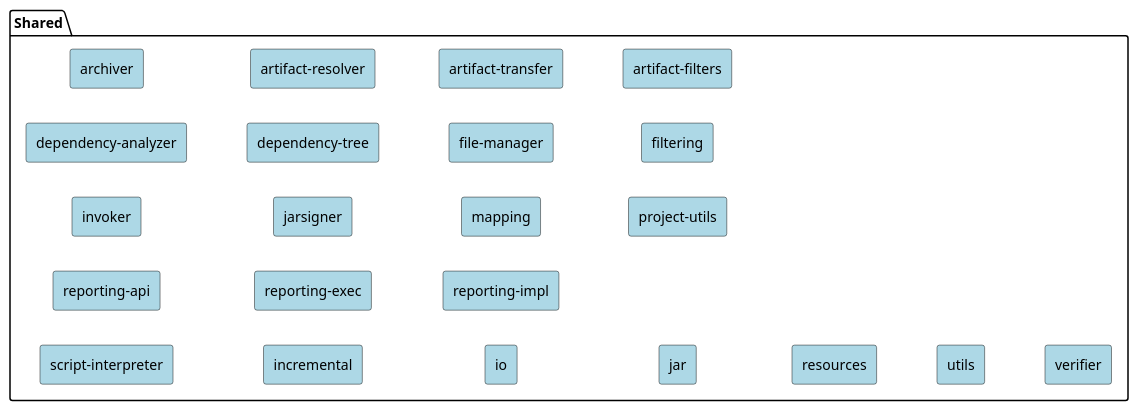
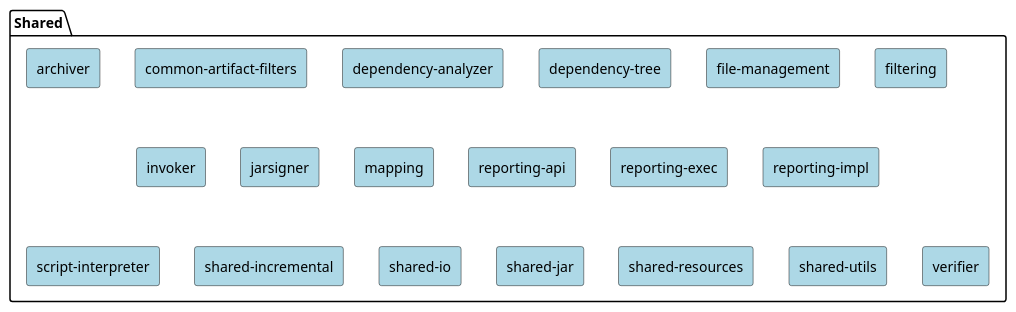
One commit to apache/maven-site changed the diagram in src/plantuml/maven-sources/shared.puml. Above: the diagram before and after it, drawn with PlantUML. The commit also changed 4 other files, not shown here.

```diff
--- a/src/plantuml/maven-sources/shared.puml
+++ b/src/plantuml/maven-sources/shared.puml
@@ -19,89 +19,76 @@
 @startuml
 
 <style>
 
     rectangle {
         BackgroundColor LightBlue
     }
 }
 </style>
 
 package "Shared" {
 
-left to right direction
-
   rectangle "archiver"
-  rectangle "artifact-resolver"
-  rectangle "artifact-transfer"
-  rectangle "artifact-filters"
+  rectangle "common-artifact-filters"
   rectangle "dependency-analyzer"
   rectangle "dependency-tree"
-  rectangle "file-manager"
+  rectangle "file-management"
   rectangle "filtering"
   rectangle "invoker"
   rectangle "jarsigner"
   rectangle "mapping"
-  rectangle "project-utils"
   rectangle "reporting-api"
   rectangle "reporting-exec"
   rectangle "reporting-impl"
   rectangle "script-interpreter"
-  rectangle "incremental"
-  rectangle "io"
-  rectangle "jar"
-  rectangle "resources"
-  rectangle "utils"
+  rectangle "shared-incremental"
+  rectangle "shared-io"
+  rectangle "shared-jar"
+  rectangle "shared-resources"
+  rectangle "shared-utils"
   rectangle "verifier"
 }
 
 'hidden dependencies to change layout
-"archiver" -[hidden]down- "artifact-resolver"
-"artifact-resolver" -[hidden]down- "artifact-transfer"
-"artifact-transfer" -[hidden]down- "artifact-filters"
+"archiver" -[hidden]> "common-artifact-filters"
+"common-artifact-filters"  -[hidden]> "dependency-analyzer"
+"dependency-analyzer" -[hidden]> "dependency-tree"
+"dependency-tree" -[hidden]> "file-management"
+"file-management" -[hidden]> "filtering"
 
-"archiver"  -[hidden]left- "dependency-analyzer"
-"dependency-analyzer" -[hidden]down- "dependency-tree"
-"dependency-tree" -[hidden]down- "file-manager"
-"file-manager" -[hidden]down- "filtering"
+"filtering" -[hidden]down-> "invoker"
+"invoker" -[hidden]> "jarsigner"
+"jarsigner" -[hidden]> "mapping"
+"mapping" -[hidden]> "reporting-api"
+"reporting-api" -[hidden]> "reporting-exec"
+"reporting-exec" -[hidden]> "reporting-impl"
 
-"dependency-analyzer" -[hidden]left- "invoker"
-"invoker" -[hidden]down- "jarsigner"
-"jarsigner" -[hidden]down- "mapping"
-"mapping" -[hidden]down- "project-utils"
-
-"invoker" -[hidden]left- "reporting-api"
-"reporting-api" -[hidden]down- "reporting-exec"
-"reporting-exec" -[hidden]down- "reporting-impl"
-
-"reporting-api" -[hidden]left- "script-interpreter"
-"script-interpreter" -[hidden]down- "incremental"
-"incremental" -[hidden]down- "io"
-"io" -[hidden]down- "jar"
-"jar" -[hidden]down- "resources"
-"resources" -[hidden]down- "utils"
-"utils" -[hidden]down- "verifier"
+"reporting-api" -[hidden]down-> "script-interpreter"
+"script-interpreter" -[hidden]> "shared-incremental"
+"shared-incremental" -[hidden]> "shared-io"
+"shared-io" -[hidden]> "shared-jar"
+"shared-jar" -[hidden]> "shared-resources"
+"shared-resources" -[hidden]> "shared-utils"
+"shared-utils" -[hidden]> "verifier"
 
 
 url of "archiver" is [[https://github.com/apache/maven-archiver]]
-url of "artifact-resolver" is [[https://github.com/apache/maven-resolver]]
-url of "artifact-transfer" is [[https://github.com/apache/maven-artifact-transfer]]
-url of "artifact-filters" is [[https://github.com/apache/maven-common-artifact-filters]]
+url of "common-artifact-filters" is [[https://github.com/apache/maven-common-artifact-filters]]
 url of "dependency-analyzer" is [[https://github.com/apache/maven-dependency-analyzer]]
 url of "dependency-tree" is [[https://github.com/apache/maven-dependency-tree]]
-url of "file-manager" is [[https://github.com/apache/maven-file-management]]
+url of "file-management" is [[https://github.com/apache/maven-file-management]]
 url of "filtering" is [[https://github.com/apache/maven-filtering]]
 url of "invoker" is [[https://github.com/apache/maven-invoker]]
 url of "jarsigner" is [[https://github.com/apache/maven-jarsigner]]
 url of "mapping" is [[https://github.com/apache/maven-mapping]]
-url of "project-utils" is [[https://github.com/apache/maven-project-utils]]
 url of "reporting-api" is [[https://github.com/apache/maven-reporting-api]]
 url of "reporting-exec" is [[https://github.com/apache/maven-reporting-exec]]
 url of "reporting-impl" is [[https://github.com/apache/maven-reporting-impl]]
 url of "script-interpreter" is [[https://github.com/apache/maven-script-interpreter]]
-url of "incremental" is [[https://github.com/apache/maven-shared-incremental]]
-url of "io" is [[https://github.com/apache/maven-shared-io]]
-url of "jar" is [[https://github.com/apache/maven-shared-jar]]
-url of "resources" is [[https://github.com/apache/maven-shared-resources]]
-url of "utils" is [[https://github.com/apache/maven-shared-utils]]
+url of "shared-incremental" is [[https://github.com/apache/maven-shared-incremental]]
+url of "shared-io" is [[https://github.com/apache/maven-shared-io]]
+url of "shared-jar" is [[https://github.com/apache/maven-shared-jar]]
+url of "shared-resources" is [[https://github.com/apache/maven-shared-resources]]
+url of "shared-utils" is [[https://github.com/apache/maven-shared-utils]]
 url of "verifier" is [[https://github.com/apache/maven-verifier]]
 @enduml
```
